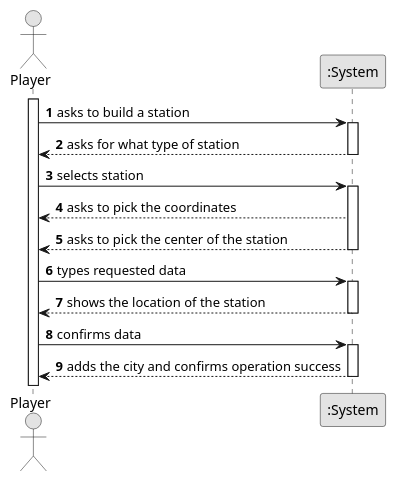
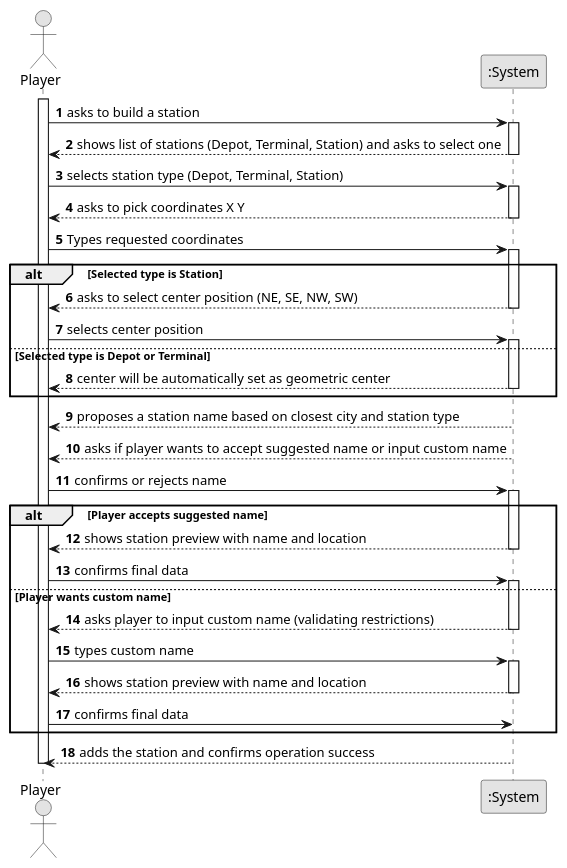
The diagram in docs/system-documentation/US005/01.requirements-engineering/puml/US005-SSD.puml (1240826/empire-on-tracks), drawn with PlantUML before and after one commit. The commit also changed other lines of this file and 6 other files, not shown here.

```diff
--- a/docs/system-documentation/US005/01.requirements-engineering/puml/US005-SSD.puml
+++ b/docs/system-documentation/US005/01.requirements-engineering/puml/US005-SSD.puml
@@ -1,37 +1,63 @@
 @startuml
 skinparam monochrome true
 skinparam packageStyle rectangle
 skinparam shadowing false
 
 autonumber
 
 actor "Player" as Employee
 participant ":System" as System
 
 activate Employee
 
-    Employee -> System : asks to build a station
-    activate System
+Employee -> System : asks to build a station
+activate System
+    System --> Employee : shows list of stations (Depot, Terminal, Station) and asks to select one
+deactivate System
 
-        System --> Employee : asks for what type of station
-    deactivate System
+Employee -> System : selects station type (Depot, Terminal, Station)
+activate System
 
-    Employee -> System : selects station
-    activate System
+    System --> Employee : asks to pick coordinates X Y
+deactivate System
 
-        System --> Employee : asks to pick the coordinates
-        System --> Employee : asks to pick the center of the station
-    deactivate System
+Employee -> System : Types requested coordinates
+activate System
 
-    Employee -> System : types requested data
-    activate System
+    alt Selected type is Station
+        System --> Employee : asks to select center position (NE, SE, NW, SW)
+        deactivate System
+        Employee -> System : selects center position
+    else Selected type is Depot or Terminal
+        activate System
+        System --> Employee : center will be automatically set as geometric center
+        deactivate System
+    end
+activate System
+    System --> Employee : proposes a station name based on closest city and station type
+    System --> Employee : asks if player wants to accept suggested name or input custom name
+deactivate System
 
-        System --> Employee : shows the location of the station
-    deactivate System
+Employee -> System : confirms or rejects name
+activate System
 
-    Employee -> System : confirms data
-    activate System
+    alt Player accepts suggested name
+        System --> Employee : shows station preview with name and location
+        deactivate System
+        Employee -> System : confirms final data
+    else Player wants custom name
+        activate System
+        System --> Employee : asks player to input custom name (validating restrictions)
+        deactivate System
+        Employee -> System : types custom name
+        activate System
+        System --> Employee : shows station preview with name and location
+        deactivate System
+        Employee -> System : confirms final data
+    end
+activate System
+    System --> Employee : adds the station and confirms operation success
+deactivate System
 
-        System --> Employee : adds the city and confirms operation success
-    deactivate System
+deactivate Employee
 @enduml
```
